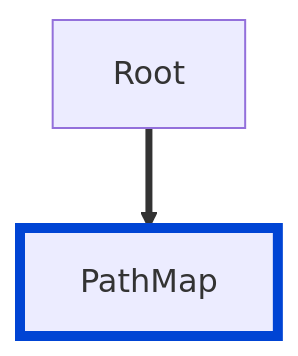
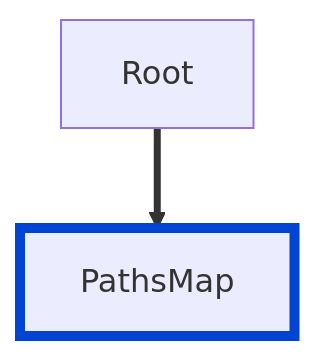
One commit to Redocly/redocly-cli changed the diagram in docs/rules/no-http-verbs-in-paths.md. Above: the diagram before and after it, drawn with Mermaid. The commit also changed 32 other files, not shown here.

````diff
--- a/docs/rules/no-http-verbs-in-paths.md
+++ b/docs/rules/no-http-verbs-in-paths.md
@@ -12,6 +12,6 @@
 ```mermaid
 flowchart TD
 
-Root ==> PathMap
-style PathMap fill:#codaf9,stroke:#0044d4,stroke-width:5px
+Root ==> PathsMap
+style PathsMap fill:#codaf9,stroke:#0044d4,stroke-width:5px
 ```
````
